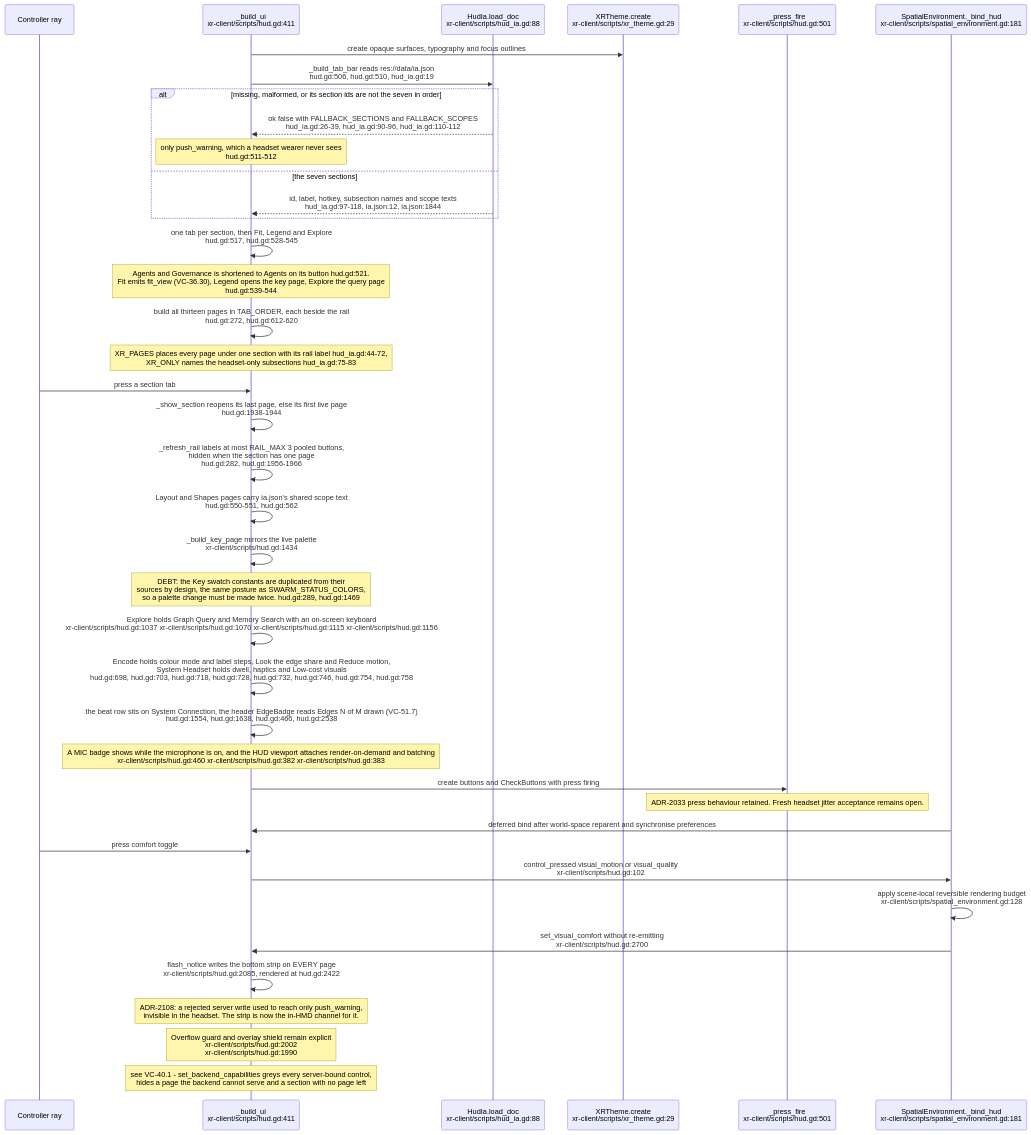
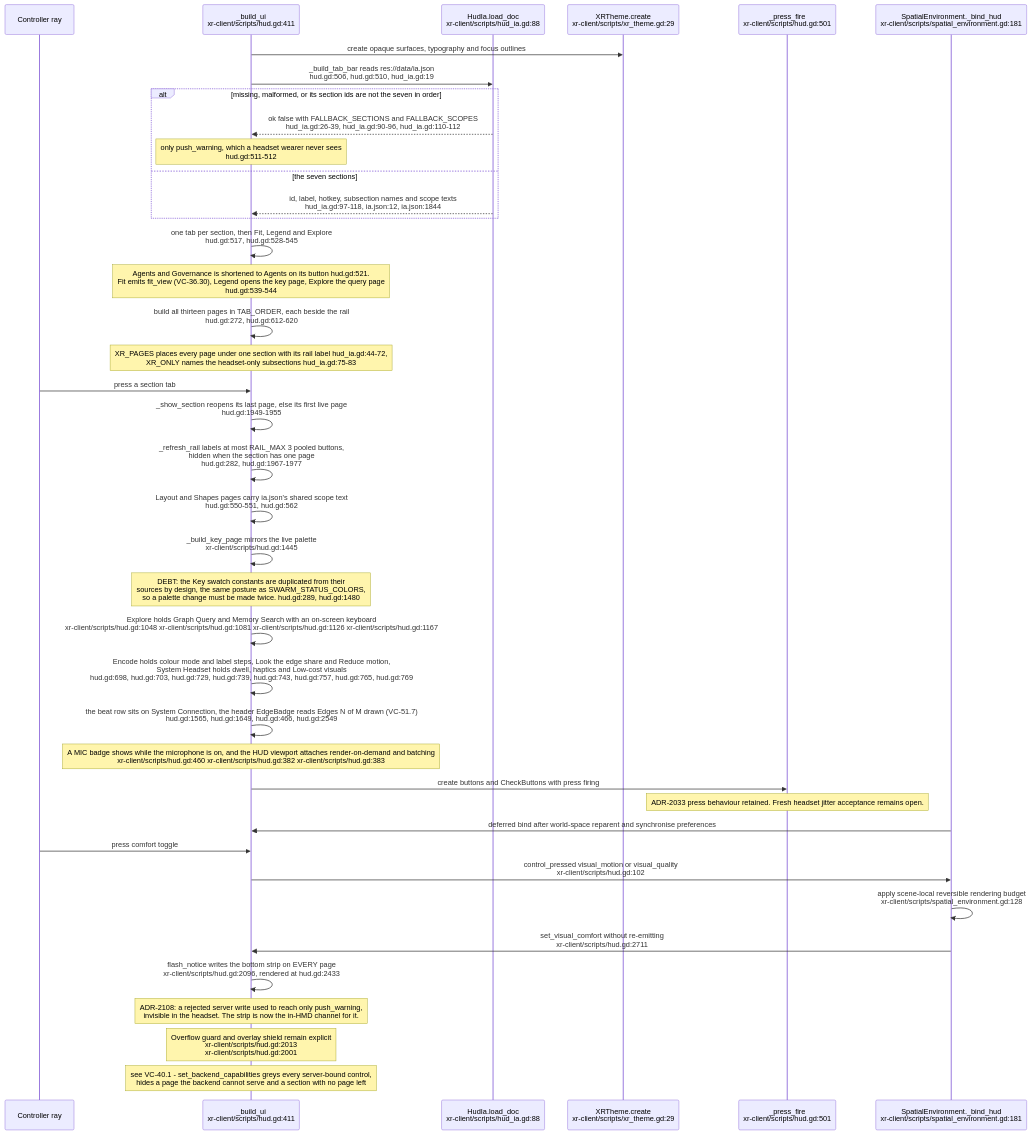
The eighth of 30 diagrams in docs/diagrams/visionclaw/36-godot-xr-client.md (DreamLab-AI/VisionFlow), drawn with Mermaid before and after one commit. The commit also changed other lines of this file and 49 other files, not shown here.

First line of the commit message:
docs(diagrams): re-derive and re-stamp VisionClaw, estate, knowledge-graph, visionGraph, VisionFlow and sidestr topics

````diff
--- a/docs/diagrams/visionclaw/36-godot-xr-client.md
+++ b/docs/diagrams/visionclaw/36-godot-xr-client.md
@@ -504,42 +504,42 @@
 ```mermaid
 sequenceDiagram
     participant W as Controller ray
     participant HUD as _build_ui<br/>xr-client/scripts/hud.gd:411
     participant IA as HudIa.load_doc<br/>xr-client/scripts/hud_ia.gd:88
     participant Theme as XRTheme.create<br/>xr-client/scripts/xr_theme.gd:29
     participant Press as _press_fire<br/>xr-client/scripts/hud.gd:501
     participant Env as SpatialEnvironment._bind_hud<br/>xr-client/scripts/spatial_environment.gd:181
     HUD->>Theme: create opaque surfaces, typography and focus outlines
     HUD->>IA: _build_tab_bar reads res://data/ia.json<br/>hud.gd:506, hud.gd:510, hud_ia.gd:19
     alt missing, malformed, or its section ids are not the seven in order
         IA-->>HUD: ok false with FALLBACK_SECTIONS and FALLBACK_SCOPES<br/>hud_ia.gd:26-39, hud_ia.gd:90-96, hud_ia.gd:110-112
         Note over HUD: only push_warning, which a headset wearer never sees<br/>hud.gd:511-512
     else the seven sections
         IA-->>HUD: id, label, hotkey, subsection names and scope texts<br/>hud_ia.gd:97-118, ia.json:12, ia.json:1844
     end
     HUD->>HUD: one tab per section, then Fit, Legend and Explore<br/>hud.gd:517, hud.gd:528-545
     Note over HUD: Agents and Governance is shortened to Agents on its button hud.gd:521.<br/>Fit emits fit_view (VC-36.30), Legend opens the key page, Explore the query page<br/>hud.gd:539-544
     HUD->>HUD: build all thirteen pages in TAB_ORDER, each beside the rail<br/>hud.gd:272, hud.gd:612-620
     Note over HUD: XR_PAGES places every page under one section with its rail label hud_ia.gd:44-72,<br/>XR_ONLY names the headset-only subsections hud_ia.gd:75-83
     W->>HUD: press a section tab
-    HUD->>HUD: _show_section reopens its last page, else its first live page<br/>hud.gd:1938-1944
-    HUD->>HUD: _refresh_rail labels at most RAIL_MAX 3 pooled buttons,<br/>hidden when the section has one page<br/>hud.gd:282, hud.gd:1956-1966
+    HUD->>HUD: _show_section reopens its last page, else its first live page<br/>hud.gd:1949-1955
+    HUD->>HUD: _refresh_rail labels at most RAIL_MAX 3 pooled buttons,<br/>hidden when the section has one page<br/>hud.gd:282, hud.gd:1967-1977
     HUD->>HUD: Layout and Shapes pages carry ia.json's shared scope text<br/>hud.gd:550-551, hud.gd:562
-    HUD->>HUD: _build_key_page mirrors the live palette<br/>xr-client/scripts/hud.gd:1434
-    Note over HUD: DEBT: the Key swatch constants are duplicated from their<br/>sources by design, the same posture as SWARM_STATUS_COLORS,<br/>so a palette change must be made twice. hud.gd:289, hud.gd:1469
-    HUD->>HUD: Explore holds Graph Query and Memory Search with an on-screen keyboard<br/>xr-client/scripts/hud.gd:1037 xr-client/scripts/hud.gd:1070 xr-client/scripts/hud.gd:1115 xr-client/scripts/hud.gd:1156
-    HUD->>HUD: Encode holds colour mode and label steps, Look the edge share and Reduce motion,<br/>System Headset holds dwell, haptics and Low-cost visuals<br/>hud.gd:698, hud.gd:703, hud.gd:718, hud.gd:728, hud.gd:732, hud.gd:746, hud.gd:754, hud.gd:758
-    HUD->>HUD: the beat row sits on System Connection, the header EdgeBadge reads Edges N of M drawn (VC-51.7)<br/>hud.gd:1554, hud.gd:1638, hud.gd:466, hud.gd:2538
+    HUD->>HUD: _build_key_page mirrors the live palette<br/>xr-client/scripts/hud.gd:1445
+    Note over HUD: DEBT: the Key swatch constants are duplicated from their<br/>sources by design, the same posture as SWARM_STATUS_COLORS,<br/>so a palette change must be made twice. hud.gd:289, hud.gd:1480
+    HUD->>HUD: Explore holds Graph Query and Memory Search with an on-screen keyboard<br/>xr-client/scripts/hud.gd:1048 xr-client/scripts/hud.gd:1081 xr-client/scripts/hud.gd:1126 xr-client/scripts/hud.gd:1167
+    HUD->>HUD: Encode holds colour mode and label steps, Look the edge share and Reduce motion,<br/>System Headset holds dwell, haptics and Low-cost visuals<br/>hud.gd:698, hud.gd:703, hud.gd:729, hud.gd:739, hud.gd:743, hud.gd:757, hud.gd:765, hud.gd:769
+    HUD->>HUD: the beat row sits on System Connection, the header EdgeBadge reads Edges N of M drawn (VC-51.7)<br/>hud.gd:1565, hud.gd:1649, hud.gd:466, hud.gd:2549
     Note over HUD: A MIC badge shows while the microphone is on, and the HUD viewport attaches render-on-demand and batching<br/>xr-client/scripts/hud.gd:460 xr-client/scripts/hud.gd:382 xr-client/scripts/hud.gd:383
     HUD->>Press: create buttons and CheckButtons with press firing
     Note over Press: ADR-2033 press behaviour retained. Fresh headset jitter acceptance remains open.
     Env->>HUD: deferred bind after world-space reparent and synchronise preferences
     W->>HUD: press comfort toggle
     HUD->>Env: control_pressed visual_motion or visual_quality<br/>xr-client/scripts/hud.gd:102
     Env->>Env: apply scene-local reversible rendering budget<br/>xr-client/scripts/spatial_environment.gd:128
-    Env->>HUD: set_visual_comfort without re-emitting<br/>xr-client/scripts/hud.gd:2700
-    HUD->>HUD: flash_notice writes the bottom strip on EVERY page<br/>xr-client/scripts/hud.gd:2085, rendered at hud.gd:2422
+    Env->>HUD: set_visual_comfort without re-emitting<br/>xr-client/scripts/hud.gd:2711
+    HUD->>HUD: flash_notice writes the bottom strip on EVERY page<br/>xr-client/scripts/hud.gd:2096, rendered at hud.gd:2433
     Note over HUD: ADR-2108: a rejected server write used to reach only push_warning,<br/>invisible in the headset. The strip is now the in-HMD channel for it.
-    Note over HUD: Overflow guard and overlay shield remain explicit<br/>xr-client/scripts/hud.gd:2002<br/>xr-client/scripts/hud.gd:1990
+    Note over HUD: Overflow guard and overlay shield remain explicit<br/>xr-client/scripts/hud.gd:2013<br/>xr-client/scripts/hud.gd:2001
     Note over HUD: see VC-40.1 - set_backend_capabilities greys every server-bound control,<br/>hides a page the backend cannot serve and a section with no page left
 ```
````
